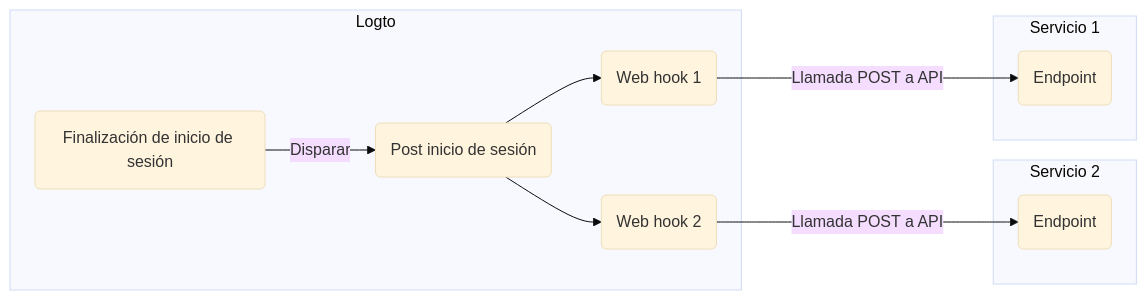
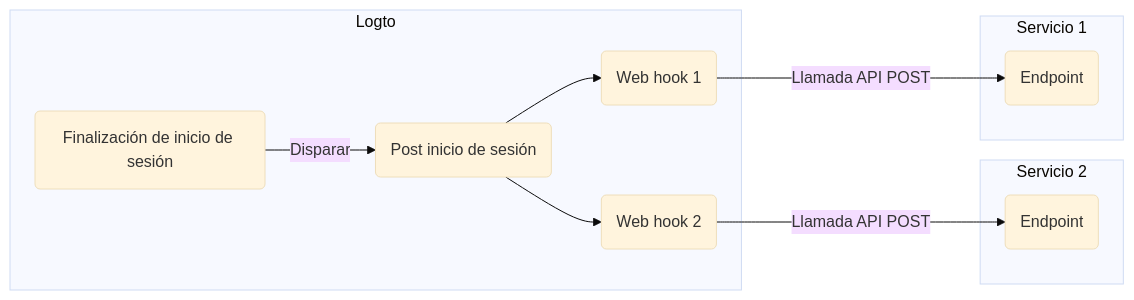
The diagram in i18n/es/docusaurus-plugin-content-docs/current/developers/webhooks/README.mdx (logto-io/docs), drawn with Mermaid (base theme) before and after one commit. The commit also changed other lines of this file and 666 other files, not shown here.

````diff
--- a/i18n/es/docusaurus-plugin-content-docs/current/developers/webhooks/README.mdx
+++ b/i18n/es/docusaurus-plugin-content-docs/current/developers/webhooks/README.mdx
@@ -36,24 +36,24 @@
 ```mermaid
 graph LR
   subgraph Logto
     SF(Finalización de inicio de sesión)
     PS(Post inicio de sesión)
     WH2(Web hook 2)
     WH1(Web hook 1)
   end
 
   subgraph Servicio 2
     E2(Endpoint)
   end
 
   subgraph Servicio 1
     E1(Endpoint)
   end
 
   SF -->|Disparar| PS
   PS --> WH1
   PS --> WH2
-  WH1 --->|Llamada POST a API| E1
-  WH2 --->|Llamada POST a API| E2
+  WH1 --->|Llamada API POST| E1
+  WH2 --->|Llamada API POST| E2
 
 ```
````
